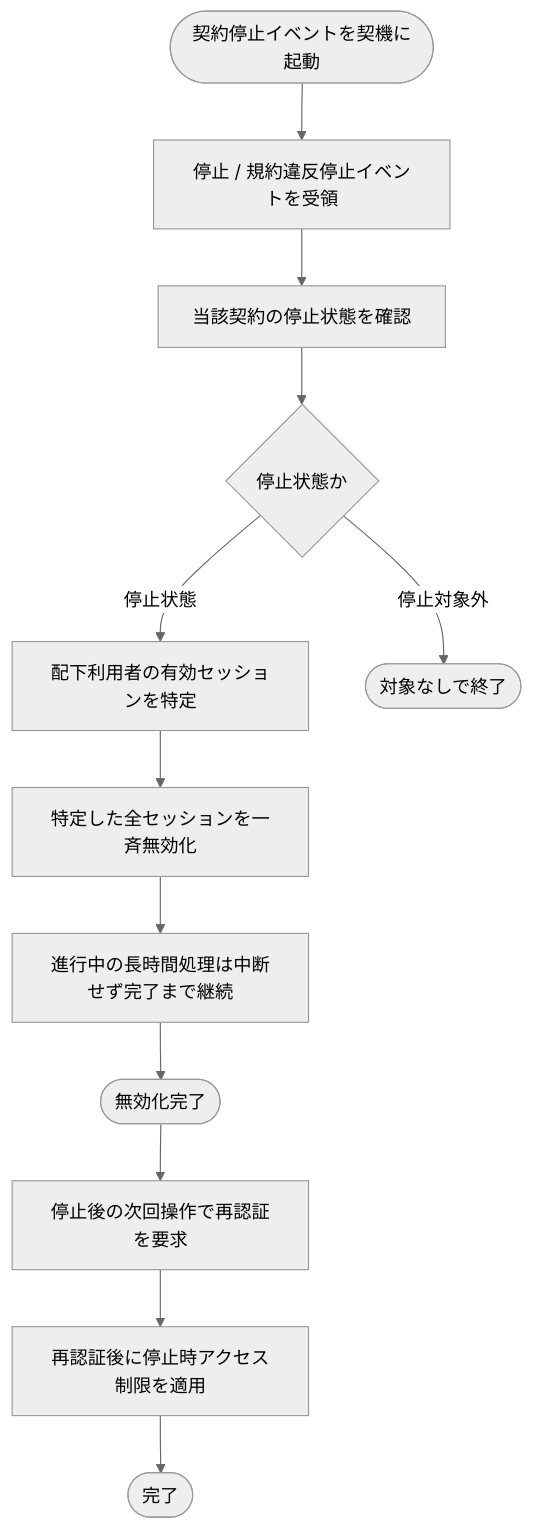
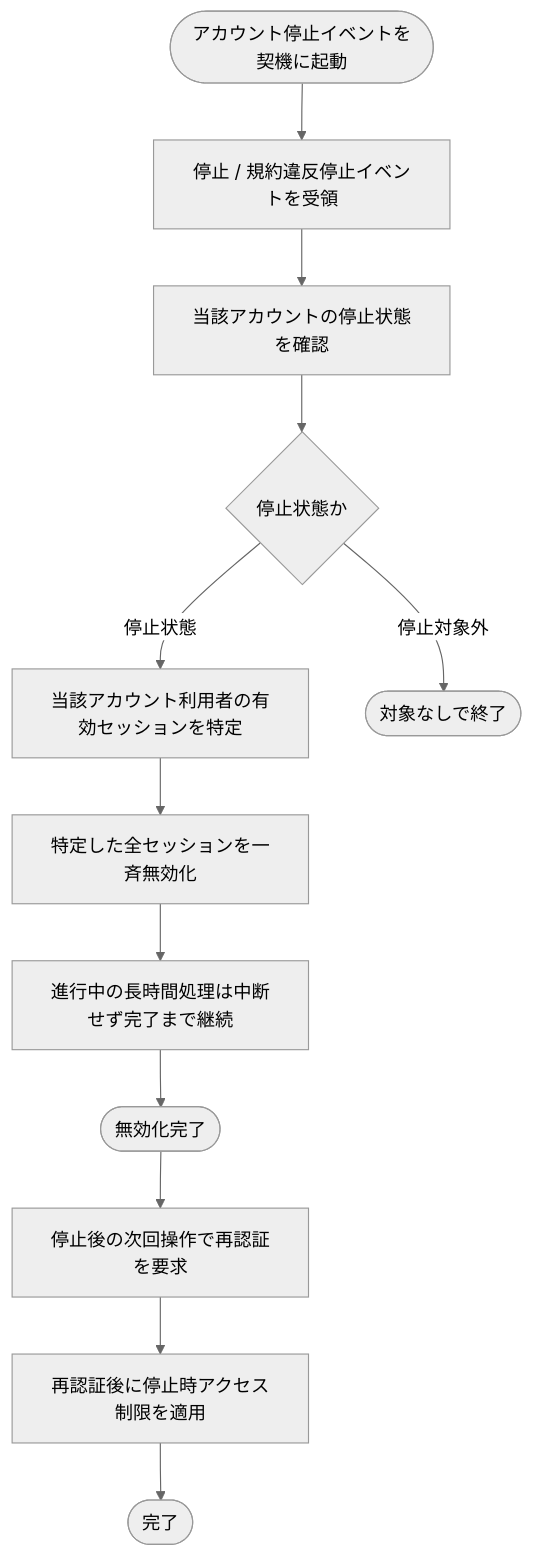
One commit to sikakou54/open-faq changed the diagram in 02_basic_design/02_backend/01_system/SYS-032.md. Above: the diagram before and after it, drawn with Mermaid (neutral theme). The commit also changed other lines of this file and 294 other files, not shown here.

````diff
--- a/02_basic_design/02_backend/01_system/SYS-032.md
+++ b/02_basic_design/02_backend/01_system/SYS-032.md
@@ -22,14 +22,14 @@
 ```mermaid
 flowchart TB
-  S([契約停止イベントを契機に起動]) --> A[停止 / 規約違反停止イベントを受領]
-  A --> B[当該契約の停止状態を確認]
+  S([アカウント停止イベントを契機に起動]) --> A[停止 / 規約違反停止イベントを受領]
+  A --> B[当該アカウントの停止状態を確認]
   B --> C{停止状態か}
-  C -- 停止状態 --> D[配下利用者の有効セッションを特定]
+  C -- 停止状態 --> D[当該アカウント利用者の有効セッションを特定]
   D --> E[特定した全セッションを一斉無効化]
   E --> F[進行中の長時間処理は中断せず完了まで継続]
   F --> G([無効化完了])
   C -- 停止対象外 --> H([対象なしで終了])
   G --> I[停止後の次回操作で再認証を要求]
   I --> J[再認証後に停止時アクセス制限を適用]
   J --> K([完了])
 ```
````
